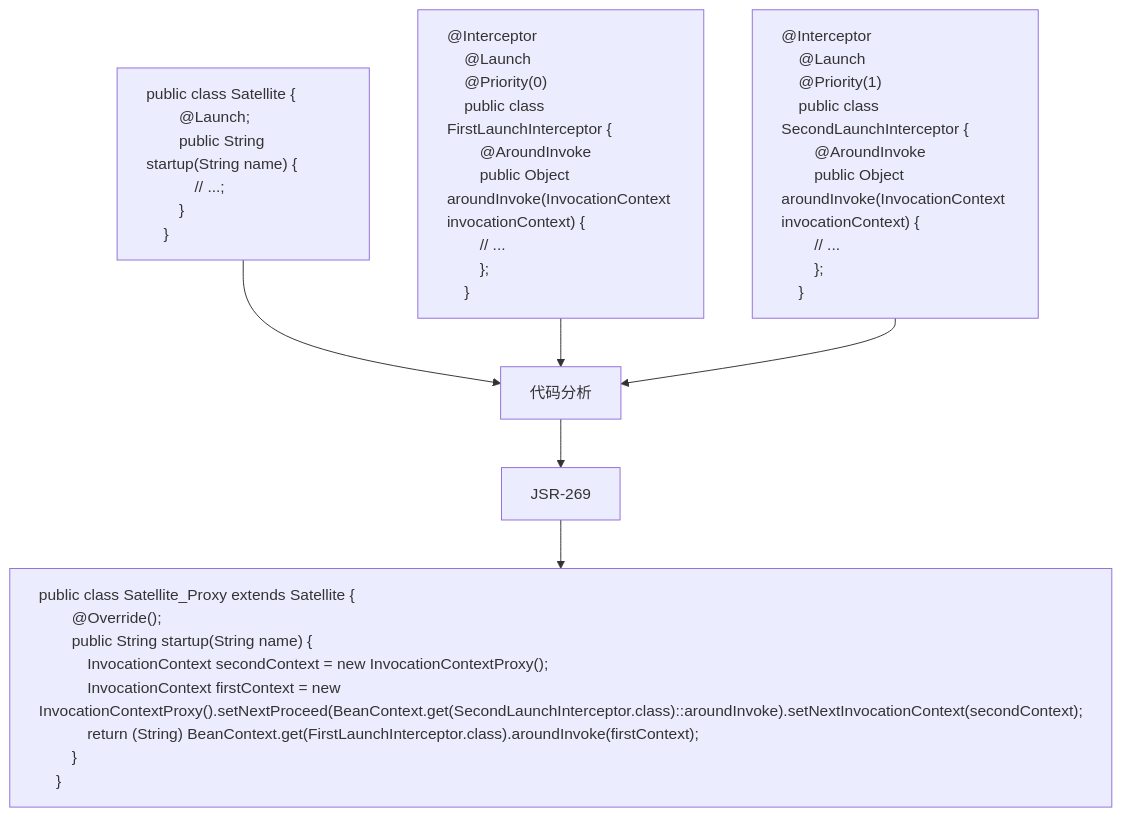
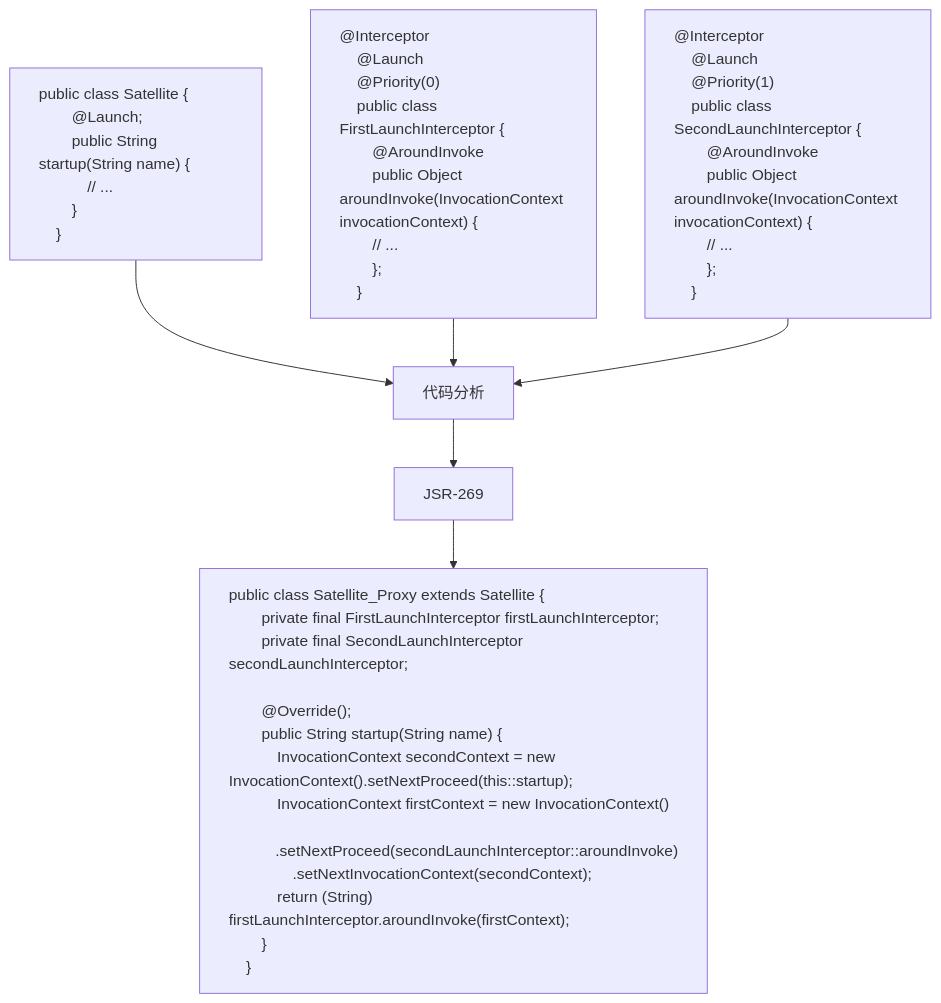
Before and after one commit to doukai/gp-doc.github.io: the diagram in docs/jakarta-ee/interceptor.md, drawn with Mermaid. The commit also changed other lines of this file, not shown here.

````diff
--- a/docs/jakarta-ee/interceptor.md
+++ b/docs/jakarta-ee/interceptor.md
@@ -18,41 +18,46 @@
 ```mermaid
 flowchart TB
     java["public class Satellite {
     &emsp;@Launch;
     &emsp;public String startup(String name) {
-    &emsp;&emsp;// ...;
+    &emsp;&emsp;// ...
     &emsp;}
     }"]
     interceptor1["@Interceptor
     @Launch
     @Priority(0)
     public class FirstLaunchInterceptor {
     &emsp;@AroundInvoke
     &emsp;public Object aroundInvoke(InvocationContext invocationContext) {
     &emsp;// ...
     &emsp;};
     }"]
     interceptor2["@Interceptor
     @Launch
     @Priority(1)
     public class SecondLaunchInterceptor {
     &emsp;@AroundInvoke
     &emsp;public Object aroundInvoke(InvocationContext invocationContext) {
     &emsp;// ...
     &emsp;};
     }"]
     proxy["public class Satellite_Proxy extends Satellite {
+    &emsp;private final FirstLaunchInterceptor firstLaunchInterceptor;
+    &emsp;private final SecondLaunchInterceptor secondLaunchInterceptor;
+    &emsp;
     &emsp;@Override();
     &emsp;public String startup(String name) {
-    &emsp;&emsp;InvocationContext secondContext = new InvocationContextProxy();
-    &emsp;&emsp;InvocationContext firstContext = new InvocationContextProxy().setNextProceed(BeanContext.get(SecondLaunchInterceptor.class)::aroundInvoke).setNextInvocationContext(secondContext);
-    &emsp;&emsp;return (String) BeanContext.get(FirstLaunchInterceptor.class).aroundInvoke(firstContext);
+    &emsp;&emsp;InvocationContext secondContext = new InvocationContext().setNextProceed(this::startup);
+    &emsp;&emsp;InvocationContext firstContext = new InvocationContext()
+    &emsp;&emsp;&emsp;.setNextProceed(secondLaunchInterceptor::aroundInvoke)
+    &emsp;&emsp;&emsp;.setNextInvocationContext(secondContext);
+    &emsp;&emsp;return (String) firstLaunchInterceptor.aroundInvoke(firstContext);
     &emsp;}
     }"]
     java & interceptor1 & interceptor2 --> 代码分析 --> JSR-269 --> proxy
 
     style java text-align:left
     style interceptor1 text-align:left
     style interceptor2 text-align:left
     style proxy text-align:left
 ```
````
